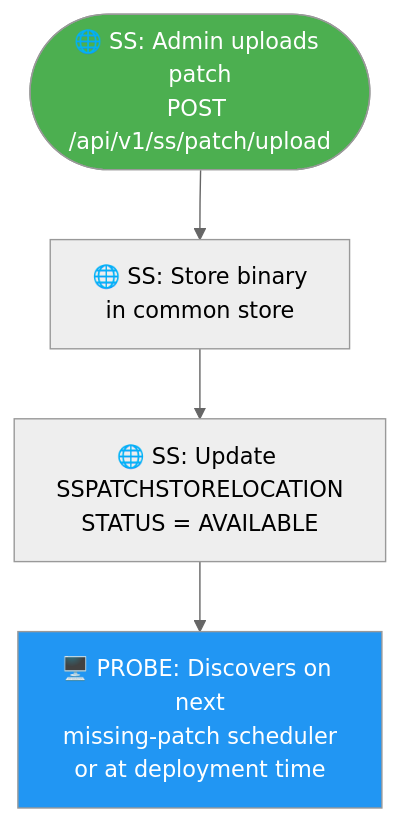
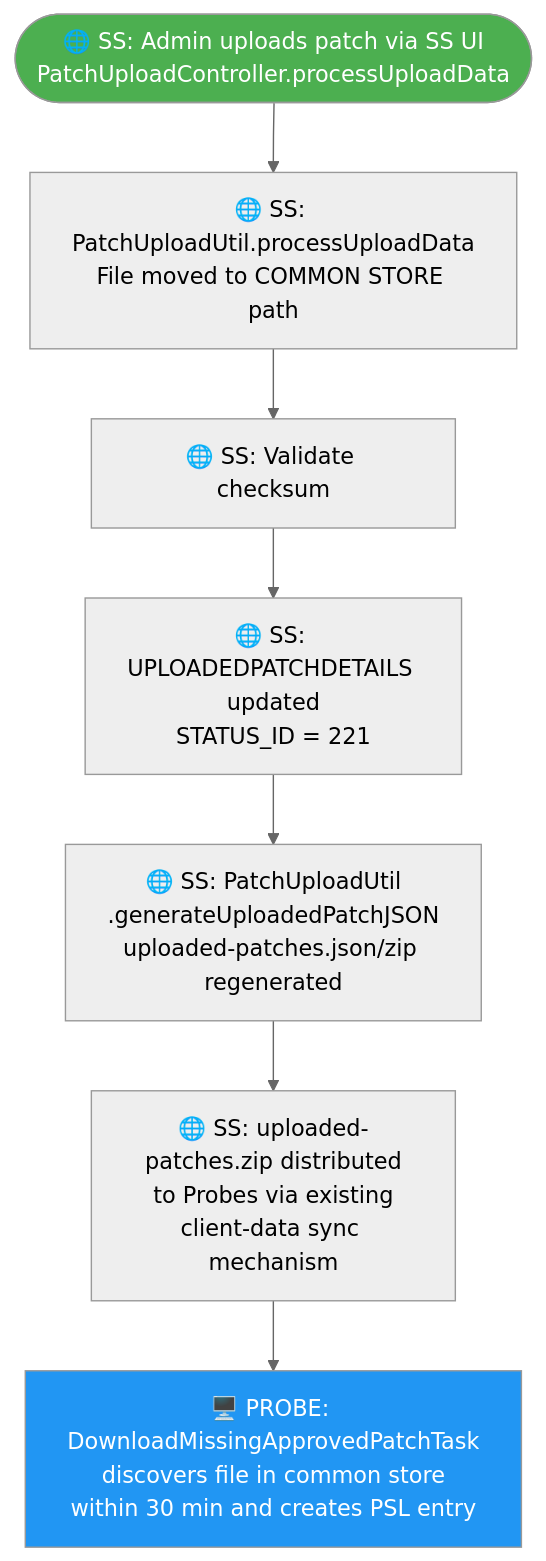
Diagram 16 of 31 in use-case-diagrams.md (ranjithkumar-a-23525/RebaseEx), drawn with Mermaid (neutral theme) before and after one commit. The commit also changed other lines of this file, not shown here.

````diff
--- a/use-case-diagrams.md
+++ b/use-case-diagrams.md
@@ -309,9 +349,12 @@
 ```mermaid
 flowchart TD
-    A(["🌐 SS: Admin uploads patch<br/>POST /api/v1/ss/patch/upload"]) --> B["🌐 SS: Store binary<br/>in common store"]
-    B --> C["🌐 SS: Update SSPATCHSTORELOCATION<br/>STATUS = AVAILABLE"]
-    C --> D["🖥️ PROBE: Discovers on next<br/>missing-patch scheduler<br/>or at deployment time"]
+    A(["🌐 SS: Admin uploads patch via SS UI<br/>PatchUploadController.processUploadData"]) --> B["🌐 SS: PatchUploadUtil.processUploadData<br/>File moved to COMMON STORE path"]
+    B --> C["🌐 SS: Validate checksum"]
+    C --> D["🌐 SS: UPLOADEDPATCHDETAILS updated<br/>STATUS_ID = 221"]
+    D --> E["🌐 SS: PatchUploadUtil<br/>.generateUploadedPatchJSON<br/>uploaded-patches.json/zip regenerated"]
+    E --> F["🌐 SS: uploaded-patches.zip distributed<br/>to Probes via existing<br/>client-data sync mechanism"]
+    F --> G["🖥️ PROBE: DownloadMissingApprovedPatchTask<br/>discovers file in common store<br/>within 30 min and creates PSL entry"]
 
     style A fill:#4CAF50,color:#fff
-    style D fill:#2196F3,color:#fff
+    style G fill:#2196F3,color:#fff
 ```
````
